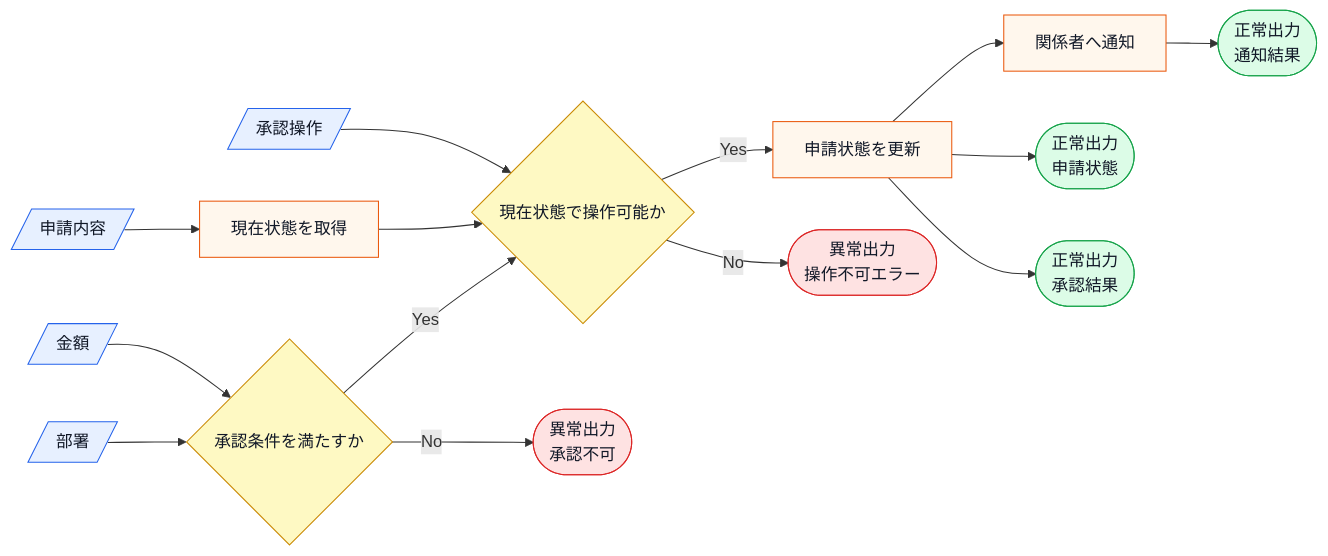
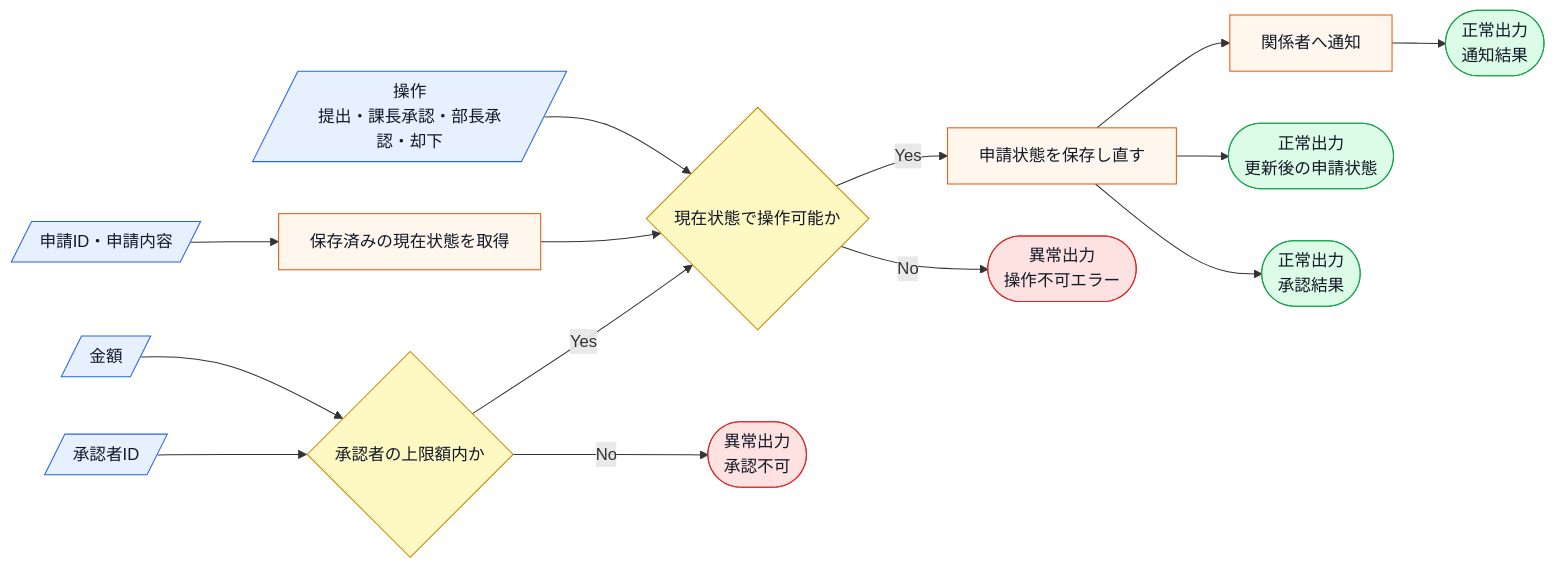
One commit to kumachan1101-pixel/DesignPattern changed the first of 10 diagrams in kindle/design-patterns/output/chapter12.md. Above: the diagram before and after it, drawn with Mermaid. The commit also changed other lines of this file and 1 other file, not shown here.

````diff
--- a/kindle/design-patterns/output/chapter12.md
+++ b/kindle/design-patterns/output/chapter12.md
@@ -47,22 +94,22 @@
 ```mermaid
 flowchart LR
-    A[/申請内容/]:::input --> B[現在状態を取得]:::process
-    C[/金額/]:::input --> D{承認条件を満たすか}:::decision
-    E[/部署/]:::input --> D
-    F[/承認操作/]:::input --> G{現在状態で操作可能か}:::decision
+    A[/申請ID・申請内容/]:::input --> B[保存済みの現在状態を取得]:::process
+    C[/金額/]:::input --> D{承認者の上限額内か}:::decision
+    E[/承認者ID/]:::input --> D
+    F[/操作<br>提出・課長承認・部長承認・却下/]:::input --> G{現在状態で操作可能か}:::decision
     B --> G
     D -->|Yes| G
-    G -->|Yes| H[申請状態を更新]:::process
+    G -->|Yes| H[申請状態を保存し直す]:::process
     H --> I[関係者へ通知]:::process
-    H --> J([正常出力<br>申請状態]):::normal
+    H --> J([正常出力<br>更新後の申請状態]):::normal
     H --> K([正常出力<br>承認結果]):::normal
     I --> L([正常出力<br>通知結果]):::normal
     D -->|No| M([異常出力<br>承認不可]):::error
     G -->|No| N([異常出力<br>操作不可エラー]):::error
 
     classDef input fill:#e7f0ff,stroke:#2563eb,color:#111827;
     classDef process fill:#fff7ed,stroke:#ea580c,color:#111827;
     classDef decision fill:#fef9c3,stroke:#ca8a04,color:#111827;
     classDef normal fill:#dcfce7,stroke:#16a34a,color:#111827;
     classDef error fill:#fee2e2,stroke:#dc2626,color:#111827;
 ```
````
